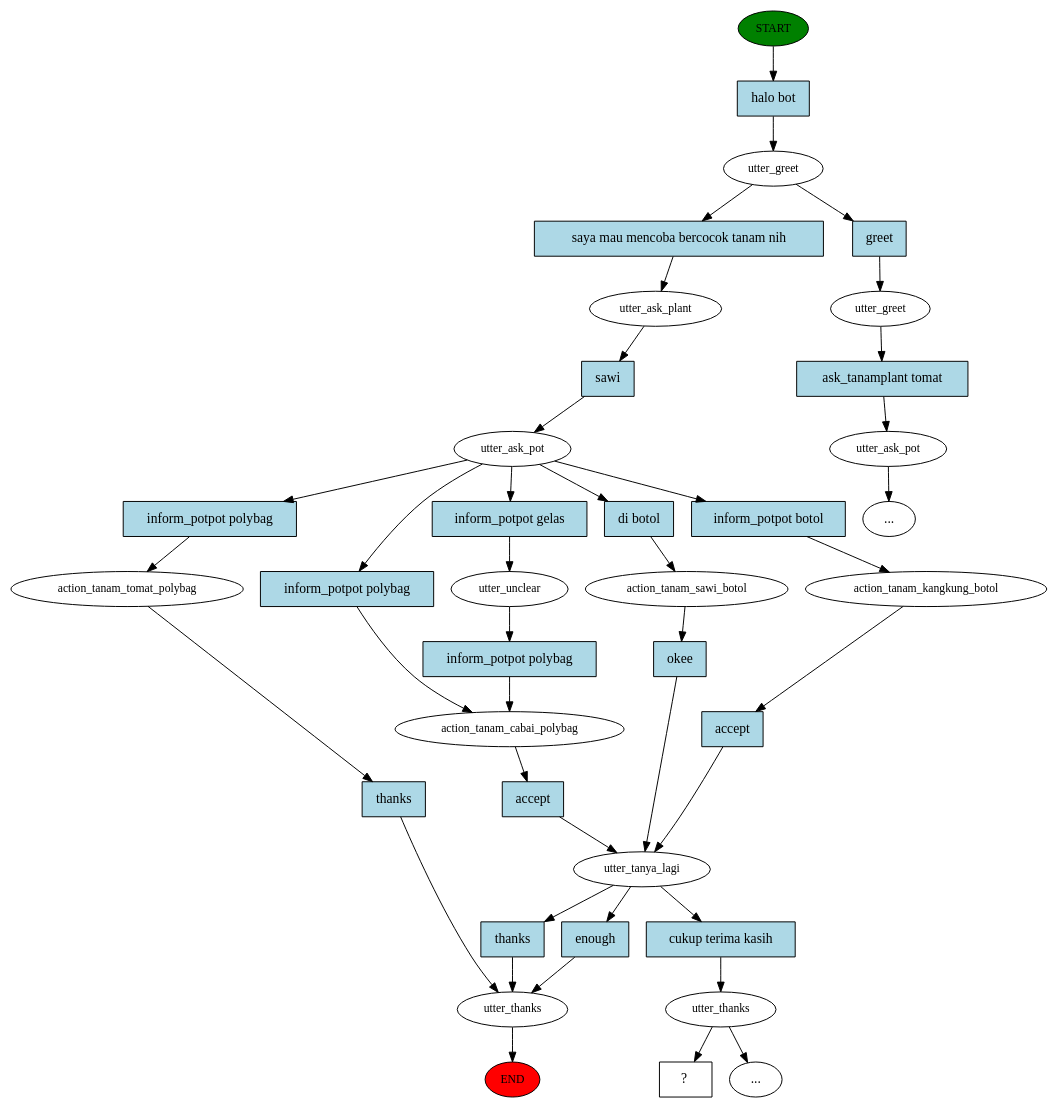
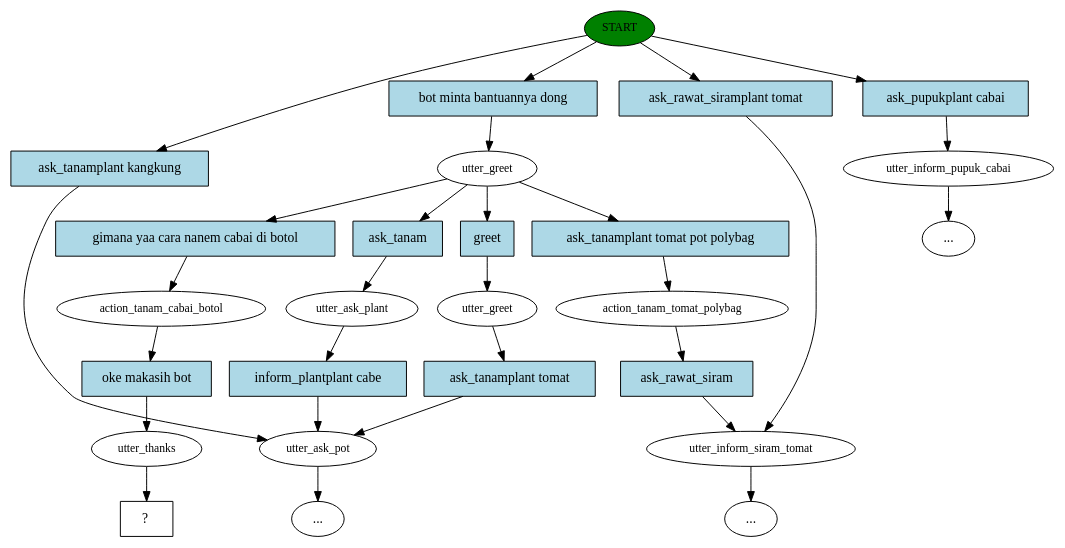
Before and after one commit to naufalmukhbit/Chatbot2019: the diagram in story_graph.dot, drawn with Graphviz. The commit also changed 24 other files, not shown here.

```diff
--- a/story_graph.dot
+++ b/story_graph.dot
@@ -1,78 +1,56 @@
 digraph  {
 0 [class="start active", fillcolor=green, fontsize=12, label=START, style=filled];
-"-1" [class=end, fillcolor=red, fontsize=12, label=END, style=filled];
 1 [class=active, fontsize=12, label=utter_greet];
-2 [class=active, fontsize=12, label=utter_ask_plant];
-3 [class=active, fontsize=12, label=utter_ask_pot];
-4 [class="", fontsize=12, label=action_tanam_kangkung_botol];
-5 [class=active, fontsize=12, label=utter_tanya_lagi];
-6 [class="", fontsize=12, label=utter_thanks];
-10 [class="", fontsize=12, label=action_tanam_tomat_polybag];
-15 [class="", fontsize=12, label=action_tanam_cabai_polybag];
-19 [class="", fontsize=12, label=utter_greet];
-20 [class="", fontsize=12, label=utter_ask_pot];
-"-3" [class=ellipsis, label="..."];
-24 [class="", fontsize=12, label=utter_unclear];
-27 [class=active, fontsize=12, label=utter_thanks];
-"-4" [class=ellipsis, label="..."];
-31 [class=active, fontsize=12, label=action_tanam_sawi_botol];
-34 [class="intent dashed active", label="  ?  ", shape=rect];
-35 [class="intent active", fillcolor=lightblue, label="halo bot", shape=rect, style=filled];
-36 [class="intent active", fillcolor=lightblue, label="saya mau mencoba bercocok tanam nih", shape=rect, style=filled];
-37 [class=intent, fillcolor=lightblue, label=greet, shape=rect, style=filled];
-38 [class="intent active", fillcolor=lightblue, label=sawi, shape=rect, style=filled];
-39 [class=intent, fillcolor=lightblue, label="inform_potpot botol", shape=rect, style=filled];
-40 [class=intent, fillcolor=lightblue, label="inform_potpot polybag", shape=rect, style=filled];
-41 [class=intent, fillcolor=lightblue, label="inform_potpot polybag", shape=rect, style=filled];
-42 [class=intent, fillcolor=lightblue, label="inform_potpot gelas", shape=rect, style=filled];
-43 [class="intent active", fillcolor=lightblue, label="di botol", shape=rect, style=filled];
-44 [class=intent, fillcolor=lightblue, label=accept, shape=rect, style=filled];
-45 [class=intent, fillcolor=lightblue, label=enough, shape=rect, style=filled];
-46 [class=intent, fillcolor=lightblue, label=thanks, shape=rect, style=filled];
-47 [class="intent active", fillcolor=lightblue, label="cukup terima kasih", shape=rect, style=filled];
-48 [class=intent, fillcolor=lightblue, label=thanks, shape=rect, style=filled];
-49 [class=intent, fillcolor=lightblue, label=accept, shape=rect, style=filled];
-50 [class=intent, fillcolor=lightblue, label="ask_tanamplant tomat", shape=rect, style=filled];
-51 [class=intent, fillcolor=lightblue, label="inform_potpot polybag", shape=rect, style=filled];
-52 [class="intent active", fillcolor=lightblue, label=okee, shape=rect, style=filled];
-0 -> 35  [class=active, key=0];
-1 -> 36  [class=active, key=0];
-1 -> 37  [class="", key=0];
-2 -> 38  [class=active, key=0];
-3 -> 39  [class="", key=0];
-3 -> 40  [class="", key=0];
-3 -> 41  [class="", key=0];
-3 -> 42  [class="", key=0];
-3 -> 43  [class=active, key=0];
-4 -> 44  [class="", key=0];
-5 -> 45  [class="", key=0];
-5 -> 46  [class="", key=0];
-5 -> 47  [class=active, key=0];
-6 -> "-1"  [class="", key=NONE, label=""];
-10 -> 48  [class="", key=0];
-15 -> 49  [class="", key=0];
-19 -> 50  [class="", key=0];
-20 -> "-3"  [class="", key=NONE, label=""];
-24 -> 51  [class="", key=0];
-27 -> "-4"  [class="", key=NONE, label=""];
-27 -> 34  [class=active, key=NONE, label=""];
-31 -> 52  [class=active, key=0];
-35 -> 1  [class=active, key=0];
-36 -> 2  [class=active, key=0];
-37 -> 19  [class="", key=0];
-38 -> 3  [class=active, key=0];
-39 -> 4  [class="", key=0];
-40 -> 10  [class="", key=0];
-41 -> 15  [class="", key=0];
-42 -> 24  [class="", key=0];
-43 -> 31  [class=active, key=0];
-44 -> 5  [class="", key=0];
-45 -> 6  [class="", key=0];
-46 -> 6  [class="", key=0];
-47 -> 27  [class=active, key=0];
-48 -> 6  [class="", key=0];
-49 -> 5  [class="", key=0];
-50 -> 20  [class="", key=0];
-51 -> 15  [class="", key=0];
-52 -> 5  [class=active, key=0];
+2 [class="", fontsize=12, label=utter_ask_plant];
+3 [class="", fontsize=12, label=utter_ask_pot];
+11 [class="", fontsize=12, label=utter_greet];
+"-8" [class=ellipsis, label="..."];
+18 [class="", fontsize=12, label=action_tanam_tomat_polybag];
+19 [class="", fontsize=12, label=utter_inform_siram_tomat];
+20 [class="", fontsize=12, label=utter_inform_pupuk_cabai];
+"-10" [class=ellipsis, label="..."];
+"-11" [class=ellipsis, label="..."];
+23 [class=active, fontsize=12, label=action_tanam_cabai_botol];
+24 [class=active, fontsize=12, label=utter_thanks];
+25 [class="intent dashed active", label="  ?  ", shape=rect];
+26 [class="intent active", fillcolor=lightblue, label="bot minta bantuannya dong", shape=rect, style=filled];
+27 [class=intent, fillcolor=lightblue, label="ask_pupukplant cabai", shape=rect, style=filled];
+28 [class=intent, fillcolor=lightblue, label="ask_tanamplant kangkung", shape=rect, style=filled];
+29 [class=intent, fillcolor=lightblue, label="ask_rawat_siramplant tomat", shape=rect, style=filled];
+30 [class=intent, fillcolor=lightblue, label=ask_tanam, shape=rect, style=filled];
+31 [class=intent, fillcolor=lightblue, label=greet, shape=rect, style=filled];
+32 [class=intent, fillcolor=lightblue, label="ask_tanamplant tomat pot polybag", shape=rect, style=filled];
+33 [class="intent active", fillcolor=lightblue, label="gimana yaa cara nanem cabai di botol", shape=rect, style=filled];
+34 [class=intent, fillcolor=lightblue, label="inform_plantplant cabe", shape=rect, style=filled];
+35 [class=intent, fillcolor=lightblue, label="ask_tanamplant tomat", shape=rect, style=filled];
+36 [class=intent, fillcolor=lightblue, label=ask_rawat_siram, shape=rect, style=filled];
+37 [class="intent active", fillcolor=lightblue, label="oke makasih bot", shape=rect, style=filled];
+0 -> 26  [class=active, key=0];
+0 -> 27  [class="", key=0];
+0 -> 28  [class="", key=0];
+0 -> 29  [class="", key=0];
+1 -> 30  [class="", key=0];
+1 -> 31  [class="", key=0];
+1 -> 32  [class="", key=0];
+1 -> 33  [class=active, key=0];
+2 -> 34  [class="", key=0];
+3 -> "-8"  [class="", key=NONE, label=""];
+11 -> 35  [class="", key=0];
+18 -> 36  [class="", key=0];
+19 -> "-11"  [class="", key=NONE, label=""];
+20 -> "-10"  [class="", key=NONE, label=""];
+23 -> 37  [class=active, key=0];
+24 -> 25  [class=active, key=NONE, label=""];
+26 -> 1  [class=active, key=0];
+27 -> 20  [class="", key=0];
+28 -> 3  [class="", key=0];
+29 -> 19  [class="", key=0];
+30 -> 2  [class="", key=0];
+31 -> 11  [class="", key=0];
+32 -> 18  [class="", key=0];
+33 -> 23  [class=active, key=0];
+34 -> 3  [class="", key=0];
+35 -> 3  [class="", key=0];
+36 -> 19  [class="", key=0];
+37 -> 24  [class=active, key=0];
 }
```
